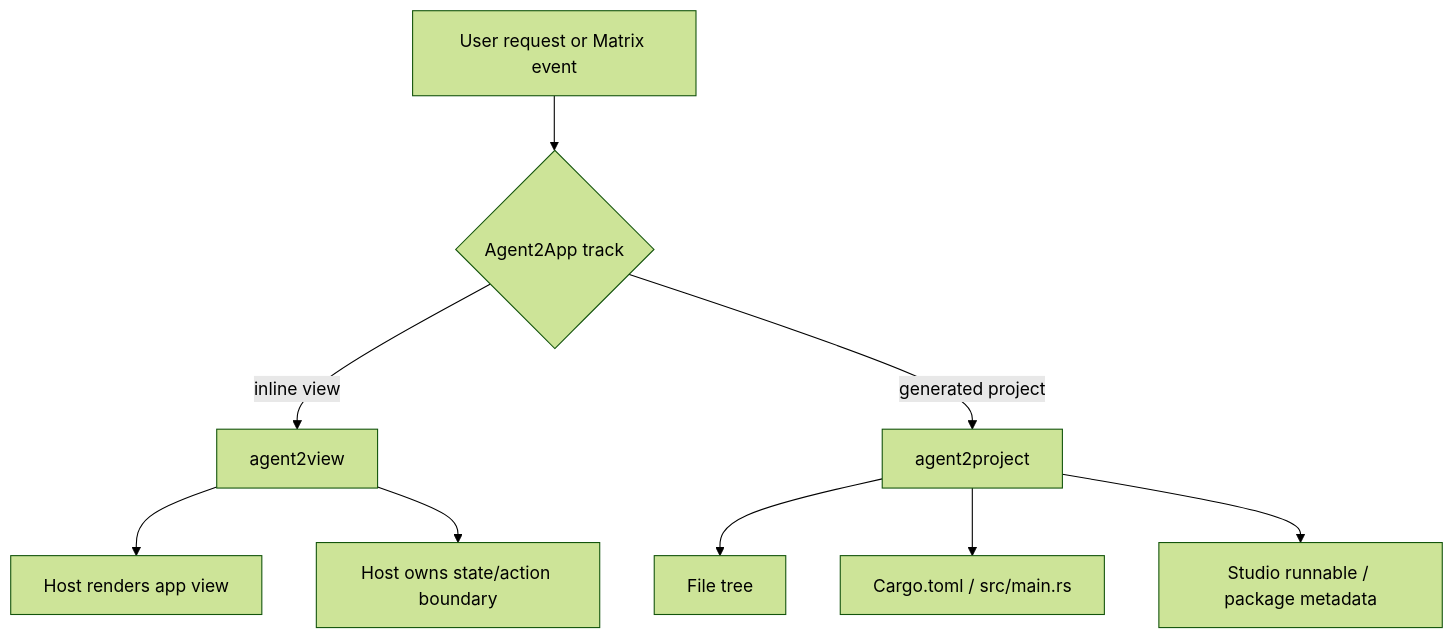
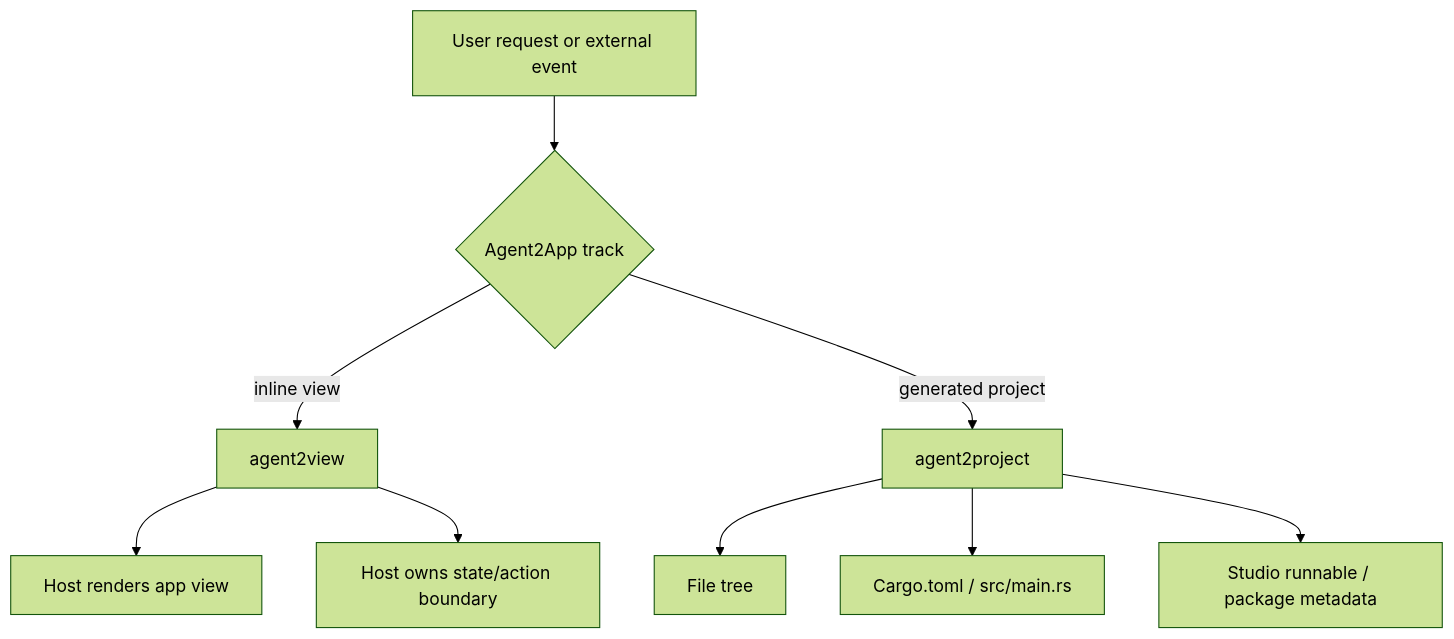
The second of 2 diagrams in examples/aichat/specs/agent2app-book-en/src/01-goals-and-boundaries.md (ZhangHanDong/makepad), drawn with Mermaid (forest theme) before and after one commit. The commit also changed other lines of this file and 37 other files, not shown here.

Commit message:
Document agent2app aichat rollout

````diff
--- a/examples/aichat/specs/agent2app-book-en/src/01-goals-and-boundaries.md
+++ b/examples/aichat/specs/agent2app-book-en/src/01-goals-and-boundaries.md
@@ -18,13 +45,13 @@
 ```mermaid
 flowchart TB
-    U[User request or Matrix event] --> A{Agent2App track}
+    U[User request or external event] --> A{Agent2App track}
     A -->|inline view| V[agent2view]
     A -->|generated project| P[agent2project]
 
     V --> VH[Host renders app view]
     V --> VS[Host owns state/action boundary]
 
     P --> PF[File tree]
     P --> PC[Cargo.toml / src/main.rs]
     P --> PR[Studio runnable / package metadata]
 ```
````
